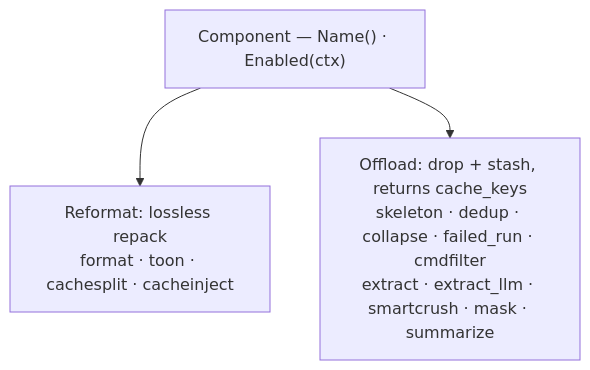
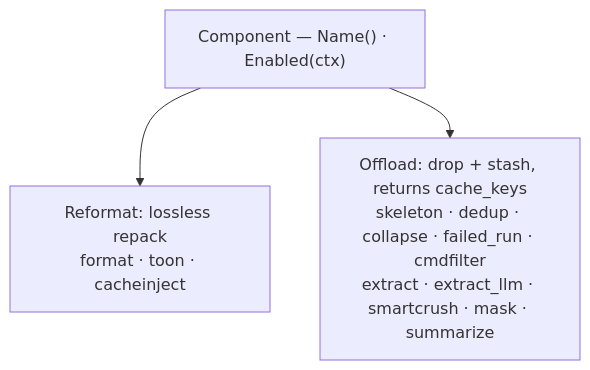
The second of 2 diagrams in docs/get-started/overview.md (rossoctl/context-guru), drawn with Mermaid before and after one commit. The commit also changed 93 other files, not shown here.

````diff
--- a/docs/get-started/overview.md
+++ b/docs/get-started/overview.md
@@ -49,6 +49,6 @@
 ```mermaid
 flowchart TD
   C["Component — Name() · Enabled(ctx)"]
-  C --> R["Reformat: lossless repack<br/>format · toon · cachesplit · cacheinject"]
+  C --> R["Reformat: lossless repack<br/>format · toon · cacheinject"]
   C --> O["Offload: drop + stash, returns cache_keys<br/>skeleton · dedup · collapse · failed_run · cmdfilter<br/>extract · extract_llm · smartcrush · mask · summarize"]
 ```
````
